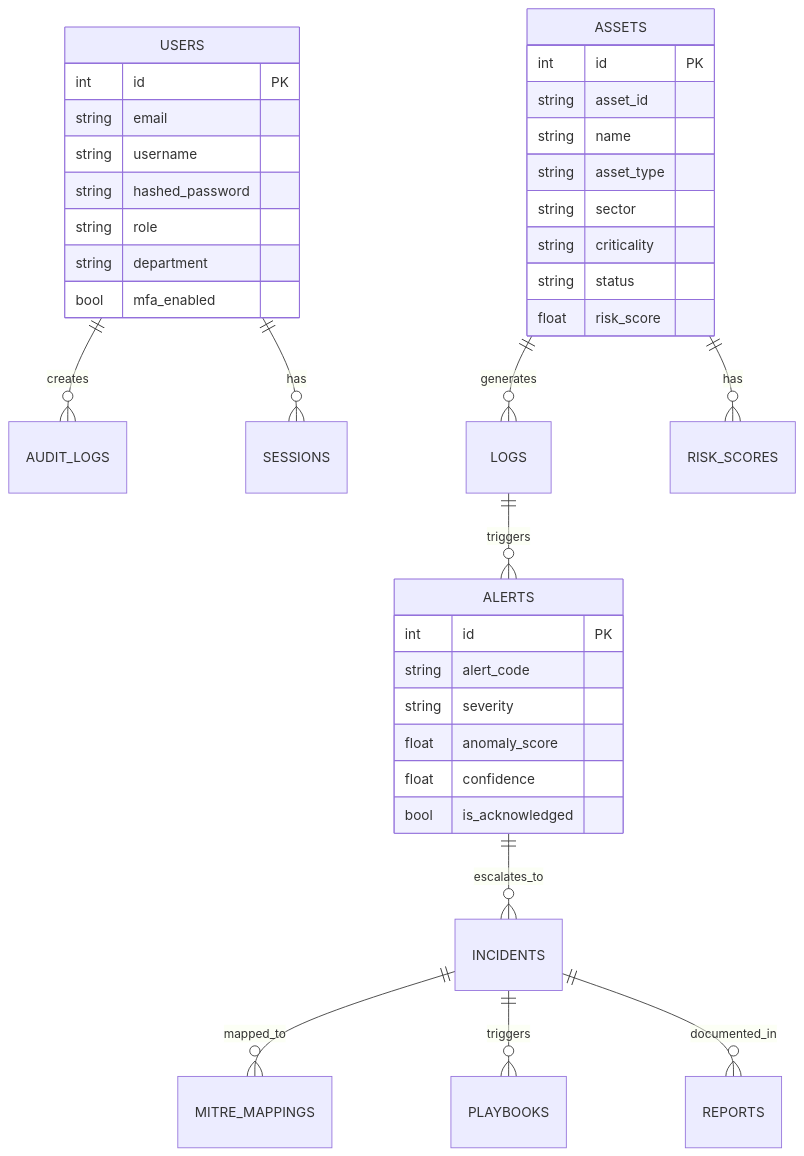
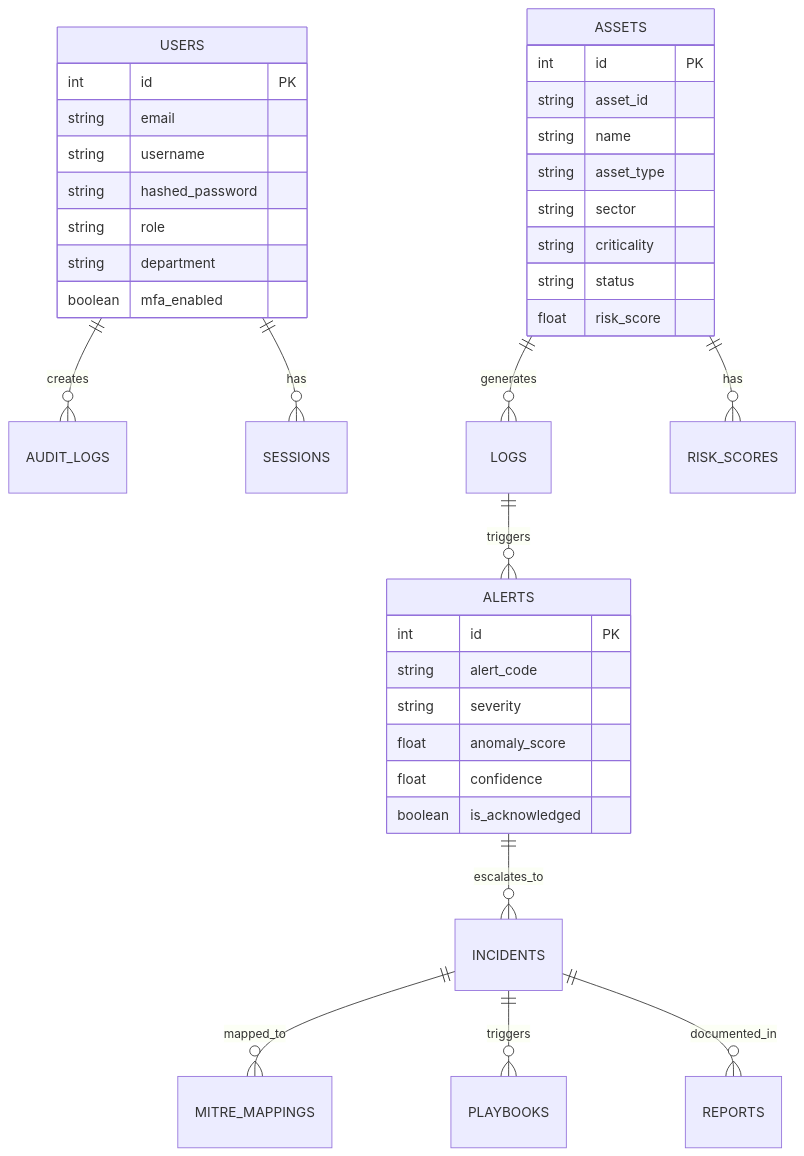
One commit to Thirumal143200/ET-PS-7 changed the third of 4 diagrams in README.md. Above: the diagram before and after it, drawn with Mermaid. The commit also changed other lines of this file, not shown here.

Commit message:
fix(readme): format Mermaid diagrams to strict GitHub Markdown syntax standards

````diff
--- a/README.md
+++ b/README.md
@@ -146,40 +137,40 @@
 ```mermaid
 erDiagram
-    USERS ||--o{ AUDIT_LOGS : "creates"
-    USERS ||--o{ SESSIONS : "has"
-    ASSETS ||--o{ LOGS : "generates"
-    ASSETS ||--o{ RISK_SCORES : "has"
-    LOGS ||--o{ ALERTS : "triggers"
-    ALERTS ||--o{ INCIDENTS : "escalates_to"
-    INCIDENTS ||--o{ MITRE_MAPPINGS : "mapped_to"
-    INCIDENTS ||--o{ PLAYBOOKS : "triggers"
-    INCIDENTS ||--o{ REPORTS : "documented_in"
+    USERS ||--o{ AUDIT_LOGS : creates
+    USERS ||--o{ SESSIONS : has
+    ASSETS ||--o{ LOGS : generates
+    ASSETS ||--o{ RISK_SCORES : has
+    LOGS ||--o{ ALERTS : triggers
+    ALERTS ||--o{ INCIDENTS : escalates_to
+    INCIDENTS ||--o{ MITRE_MAPPINGS : mapped_to
+    INCIDENTS ||--o{ PLAYBOOKS : triggers
+    INCIDENTS ||--o{ REPORTS : documented_in
 
     USERS {
         int id PK
         string email
         string username
         string hashed_password
         string role
         string department
-        bool mfa_enabled
+        boolean mfa_enabled
     }
     ASSETS {
         int id PK
         string asset_id
         string name
         string asset_type
         string sector
         string criticality
         string status
         float risk_score
     }
     ALERTS {
         int id PK
         string alert_code
         string severity
         float anomaly_score
         float confidence
-        bool is_acknowledged
+        boolean is_acknowledged
     }
 ```
````
